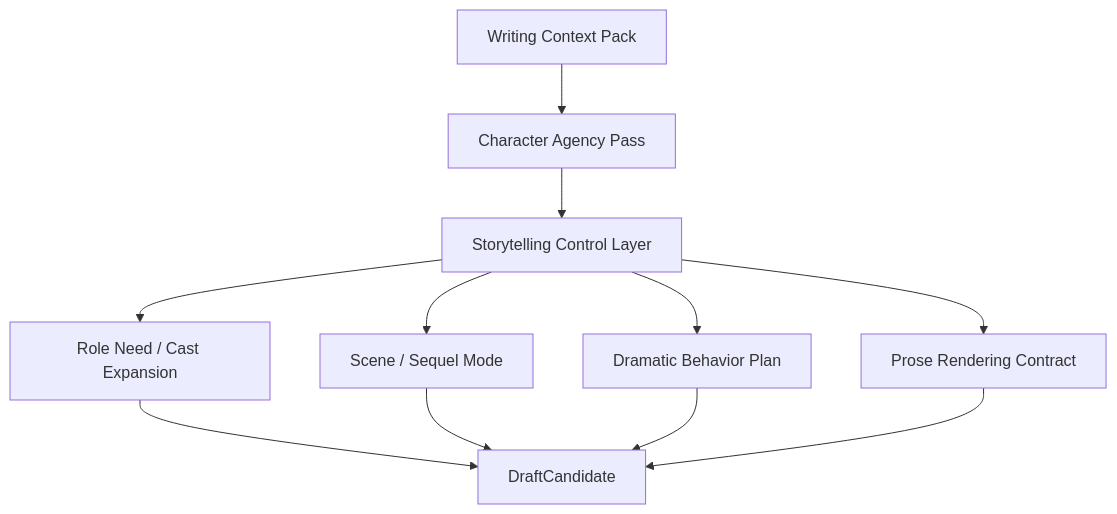
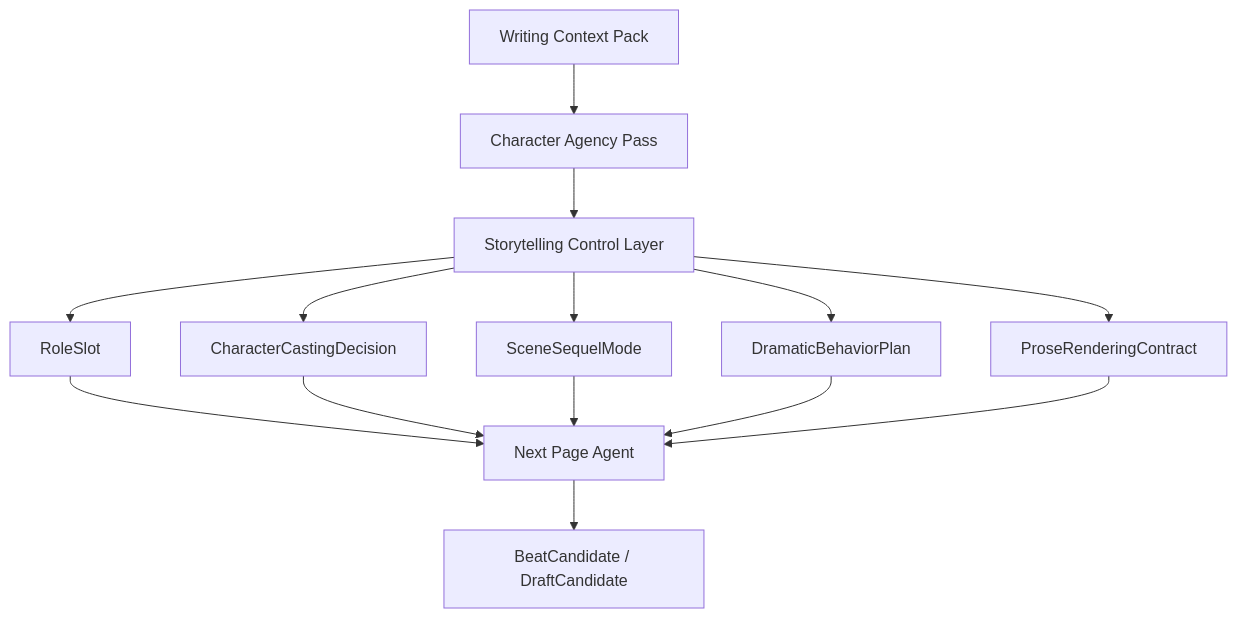
One commit to FrankQDWang/sextantlabs changed the first of 3 diagrams in goals/27-storytelling-control-layer.md. Above: the diagram before and after it, drawn with Mermaid. The commit also changed other lines of this file, not shown here.

````diff
--- a/goals/27-storytelling-control-layer.md
+++ b/goals/27-storytelling-control-layer.md
@@ -9,13 +11,16 @@
 ```mermaid
 flowchart TD
     A[Writing Context Pack] --> B[Character Agency Pass]
     B --> C[Storytelling Control Layer]
-    C --> D[Role Need / Cast Expansion]
-    C --> E[Scene / Sequel Mode]
-    C --> F[Dramatic Behavior Plan]
-    C --> G[Prose Rendering Contract]
-    D --> H[DraftCandidate]
-    E --> H
-    F --> H
-    G --> H
+    C --> D[RoleSlot]
+    C --> E[CharacterCastingDecision]
+    C --> F[SceneSequelMode]
+    C --> G[DramaticBehaviorPlan]
+    C --> H[ProseRenderingContract]
+    D --> I[Next Page Agent]
+    E --> I
+    F --> I
+    G --> I
+    H --> I
+    I --> J[BeatCandidate / DraftCandidate]
 ```
````
